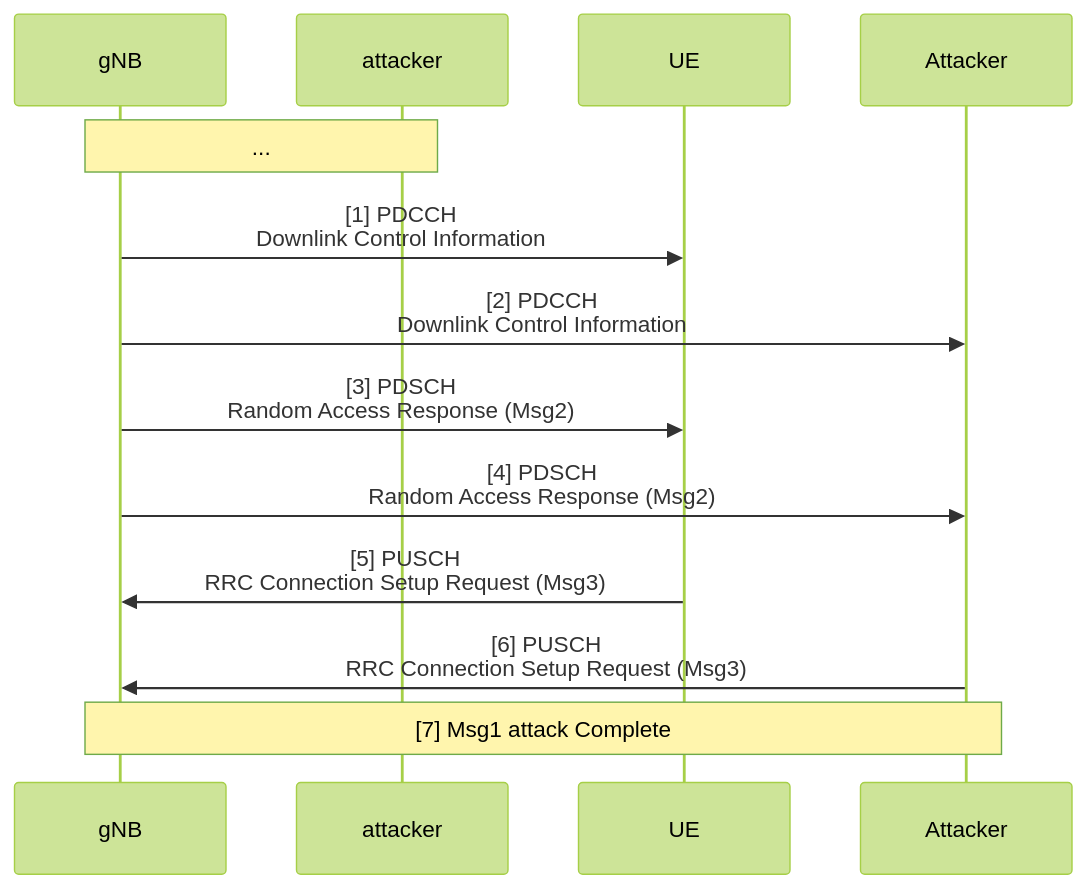
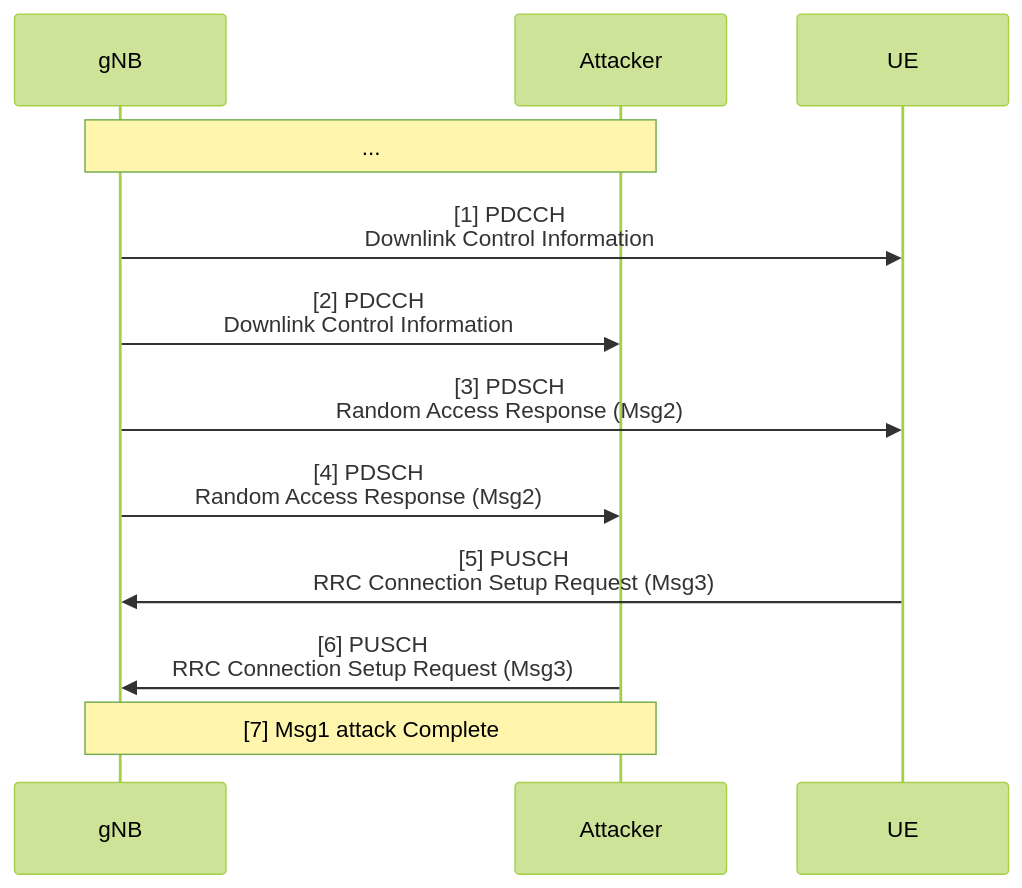
One commit to bmw-ece-ntust/wilfrid-prach-attack-analysis changed the third of 3 diagrams in docs/20250307 Thesis (Random Access Procedure and Attack).md. Above: the diagram before and after it, drawn with Mermaid (forest theme). The commit also changed other lines of this file, not shown here.

Commit message:
Update 20250307 Thesis (Random Access Procedure and Attack).md

````diff
--- a/docs/20250307 Thesis (Random Access Procedure and Attack).md
+++ b/docs/20250307 Thesis (Random Access Procedure and Attack).md
@@ -86,11 +86,11 @@
 ```mermaid
 sequenceDiagram
-    Note over gNB,attacker: ...
+    Note over gNB,Attacker: ...
     gNB->>UE: [1] PDCCH<br/>Downlink Control Information
     gNB->>Attacker: [2] PDCCH<br/>Downlink Control Information
     gNB->>UE: [3] PDSCH<br/>Random Access Response (Msg2)
     gNB->>Attacker: [4] PDSCH<br/>Random Access Response (Msg2)
     UE->>gNB: [5] PUSCH<br/>RRC Connection Setup Request (Msg3)
     Attacker->>gNB: [6] PUSCH<br/>RRC Connection Setup Request (Msg3)
     Note over gNB,Attacker: [7] Msg1 attack Complete
 ```
````
